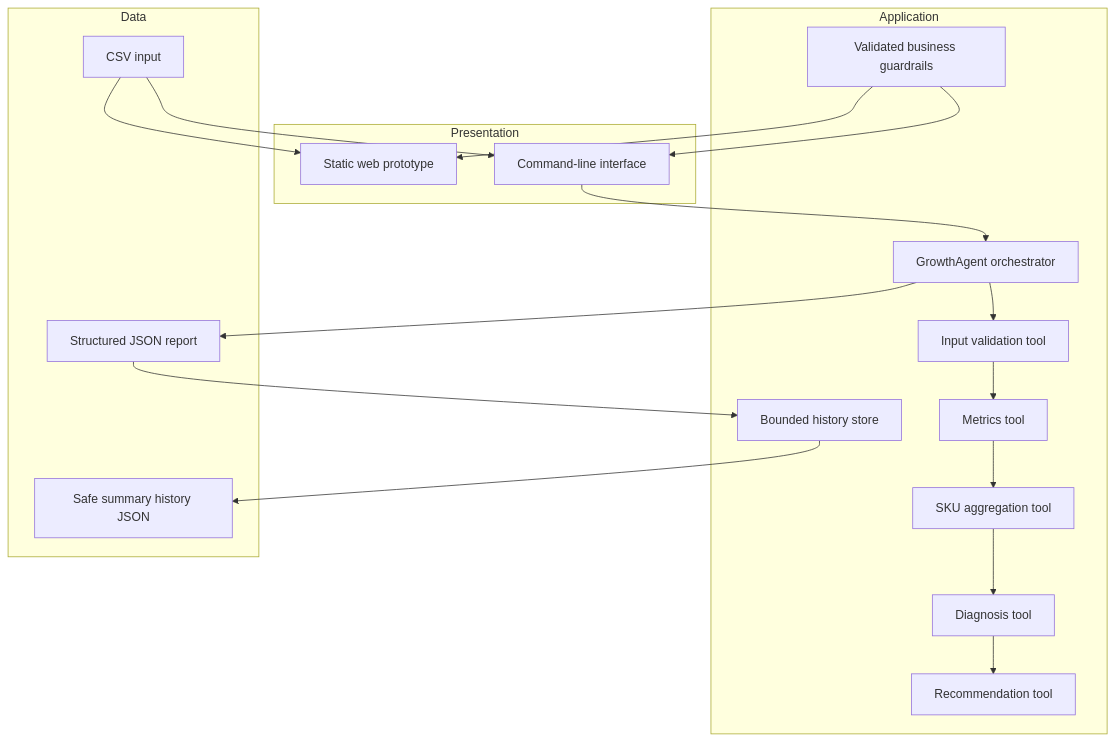
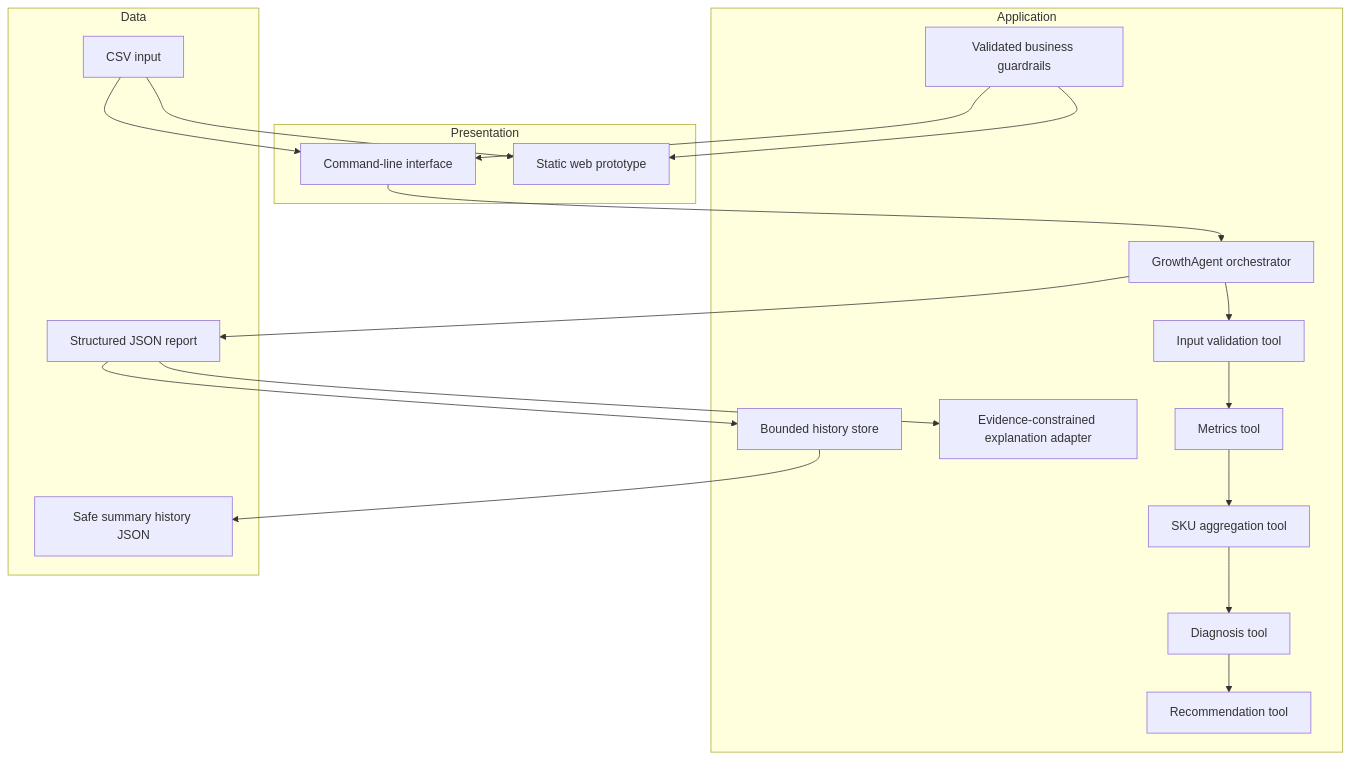
One commit to magicyao2028-pixel/ecommerce-growth-agent changed the first of 2 diagrams in docs/ARCHITECTURE.md. Above: the diagram before and after it, drawn with Mermaid. The commit also changed other lines of this file and 21 other files, not shown here.

Commit message:
feat:m5-evidence-constrained-explanations

````diff
--- a/docs/ARCHITECTURE.md
+++ b/docs/ARCHITECTURE.md
@@ -13,30 +13,32 @@
 ```mermaid
 flowchart TB
     subgraph Presentation
       W[Static web prototype]
       C[Command-line interface]
     end
     subgraph Application
       A[GrowthAgent orchestrator]
       T1[Input validation tool]
       T2[Metrics tool]
       T3[SKU aggregation tool]
       T4[Diagnosis tool]
       T5[Recommendation tool]
       CFG[Validated business guardrails]
       H[Bounded history store]
+      E[Evidence-constrained explanation adapter]
     end
     subgraph Data
       CSV[CSV input]
       JSON[Structured JSON report]
       HIST[Safe summary history JSON]
     end
     CSV --> W
     CSV --> C
     CFG --> W
     CFG --> C
     C --> A
     A --> T1 --> T2 --> T3 --> T4 --> T5
     A --> JSON
+    JSON --> E
     JSON --> H --> HIST
 ```
````
